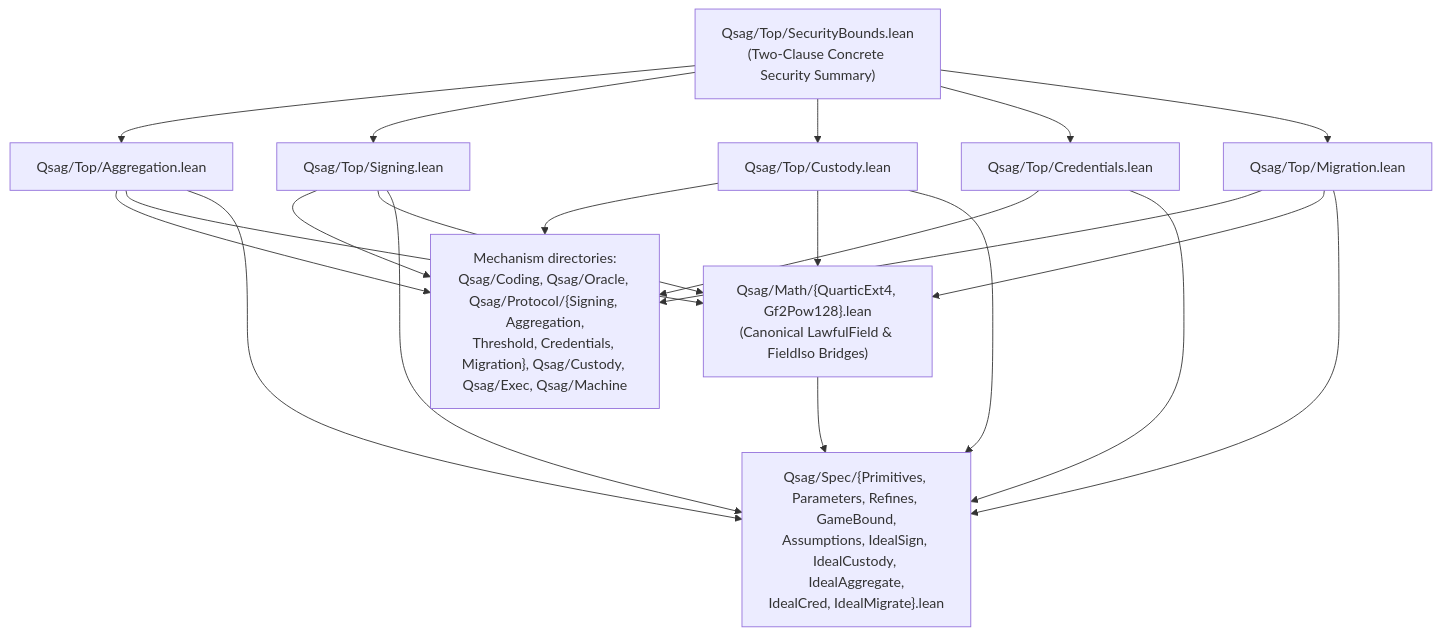
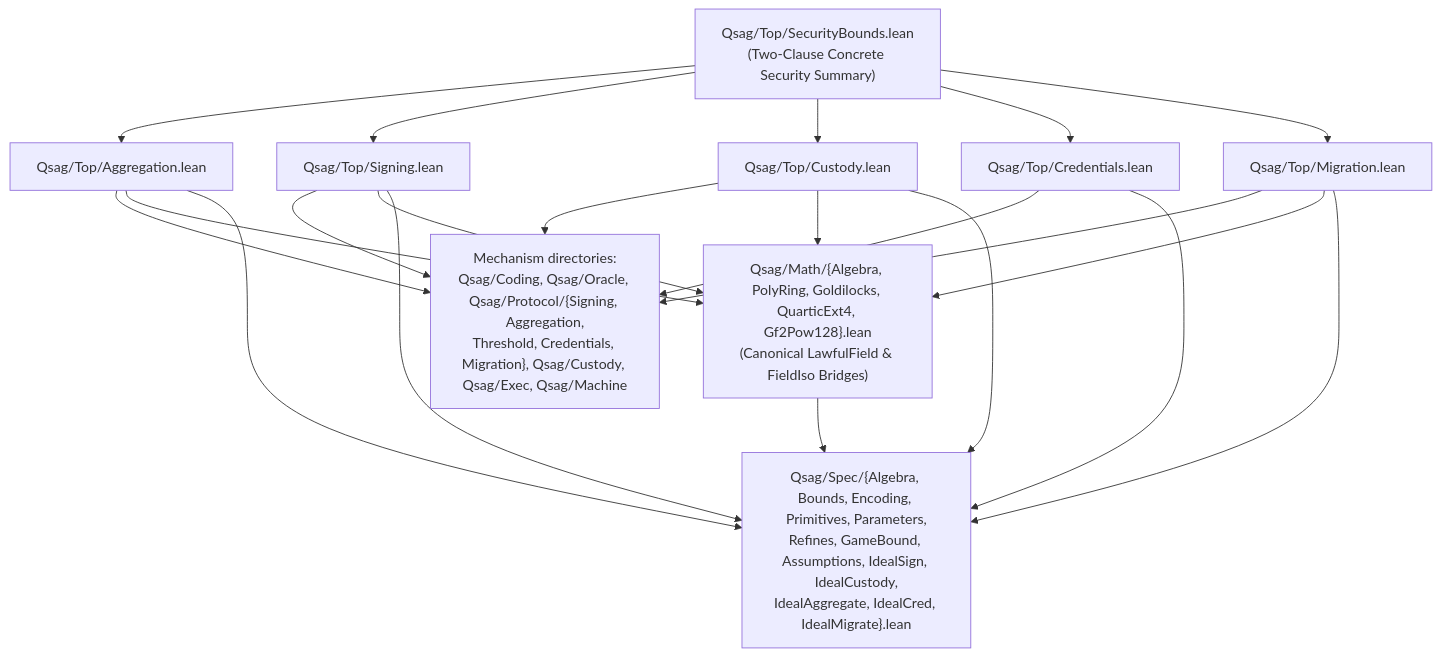
The diagram in docs/PROOF_ARCHITECTURE.md (emberian/qsag), drawn with Mermaid before and after one commit. The commit also changed other lines of this file and 9 other files, not shown here.

````diff
--- a/docs/PROOF_ARCHITECTURE.md
+++ b/docs/PROOF_ARCHITECTURE.md
@@ -19,19 +19,19 @@
 ```mermaid
 flowchart TD
     TopSec["Qsag/Top/SecurityBounds.lean<br/>(Two-Clause Concrete Security Summary)"]
     TopAgg["Qsag/Top/Aggregation.lean"]
     TopSign["Qsag/Top/Signing.lean"]
     TopCust["Qsag/Top/Custody.lean"]
     TopCred["Qsag/Top/Credentials.lean"]
     TopMig["Qsag/Top/Migration.lean"]
 
     Mech["Mechanism directories:<br/>Qsag/Coding, Qsag/Oracle, Qsag/Protocol/{Signing, Aggregation,<br/>Threshold, Credentials, Migration}, Qsag/Custody, Qsag/Exec, Qsag/Machine"]
-    Math["Qsag/Math/{QuarticExt4, Gf2Pow128}.lean<br/>(Canonical LawfulField & FieldIso Bridges)"]
-    Spec["Qsag/Spec/{Primitives, Parameters, Refines, GameBound,<br/>Assumptions, IdealSign, IdealCustody, IdealAggregate,<br/>IdealCred, IdealMigrate}.lean"]
+    Math["Qsag/Math/{Algebra, PolyRing, Goldilocks, QuarticExt4, Gf2Pow128}.lean<br/>(Canonical LawfulField & FieldIso Bridges)"]
+    Spec["Qsag/Spec/{Algebra, Bounds, Encoding, Primitives, Parameters,<br/>Refines, GameBound, Assumptions, IdealSign, IdealCustody,<br/>IdealAggregate, IdealCred, IdealMigrate}.lean"]
 
     TopSec --> TopAgg & TopSign & TopCust & TopCred & TopMig
     TopAgg & TopSign & TopCust & TopCred & TopMig --> Mech
     TopAgg & TopSign & TopCust & TopMig --> Math
     TopAgg & TopSign & TopCust & TopCred & TopMig --> Spec
     Math --> Spec
 ```
````
